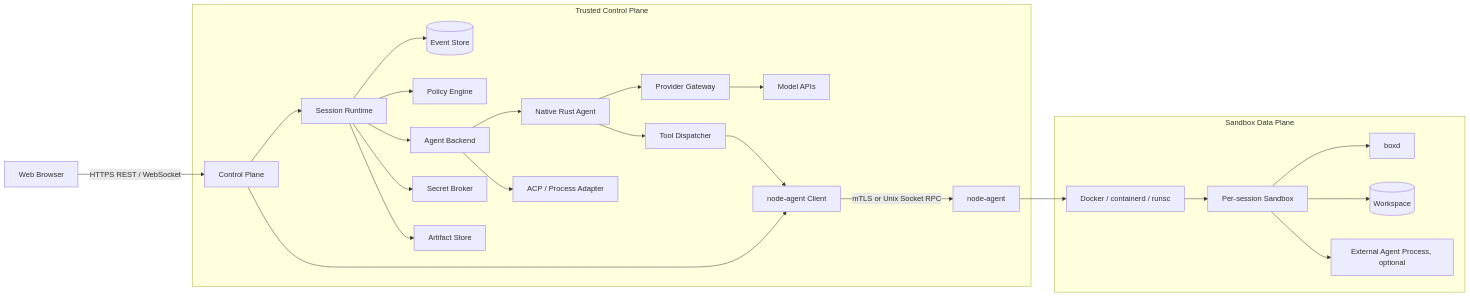
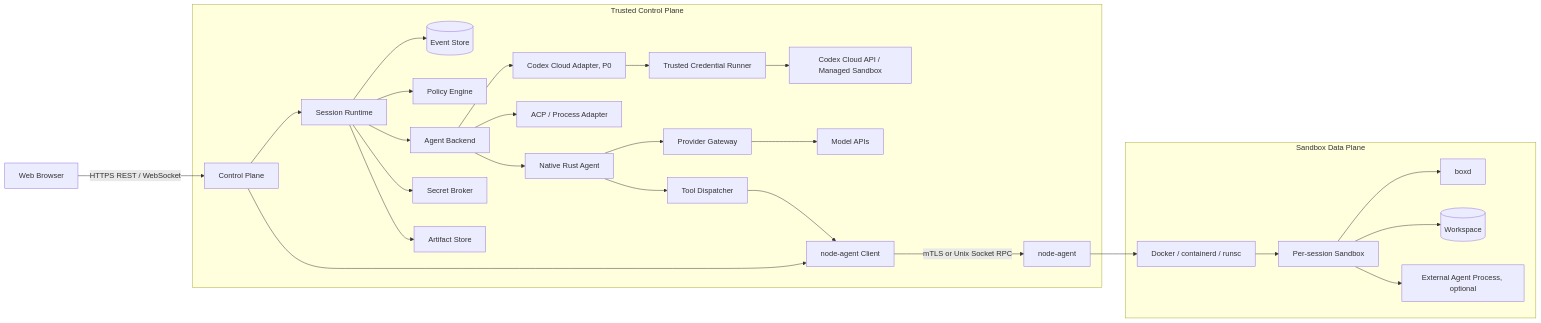
Before and after one commit to fallrising/fanzloud: the first of 4 diagrams in docs/TD.md, drawn with Mermaid. The commit also changed other lines of this file and 3 other files, not shown here.

Commit message:
docs: prioritize personal Codex cloud BYOS slice

````diff
--- a/docs/TD.md
+++ b/docs/TD.md
@@ -197,31 +215,34 @@
 ```mermaid
 flowchart LR
     U[Web Browser] -->|HTTPS REST / WebSocket| CP[Control Plane]
 
     subgraph Trusted[Trusted Control Plane]
         CP --> SR[Session Runtime]
         SR --> ES[(Event Store)]
         SR --> PE[Policy Engine]
         SR --> AB[Agent Backend]
         SR --> SB[Secret Broker]
         SR --> AR[Artifact Store]
 
         AB --> NA[Native Rust Agent]
         AB --> EA[ACP / Process Adapter]
+        AB --> CA[Codex Cloud Adapter, P0]
+        CA --> CR[Trusted Credential Runner]
+        CR --> CC[Codex Cloud API / Managed Sandbox]
         NA --> PG[Provider Gateway]
         NA --> TD[Tool Dispatcher]
         PG --> LLM[Model APIs]
 
         CP --> NC[node-agent Client]
         TD --> NC
         NC -->|mTLS or Unix Socket RPC| NODE[node-agent]
     end
 
     subgraph DataPlane[Sandbox Data Plane]
         NODE --> RT[Docker / containerd / runsc]
         RT --> BOX[Per-session Sandbox]
         BOX --> BOXD[boxd]
         BOX --> WS[(Workspace)]
         BOX --> EXT[External Agent Process, optional]
     end
 ```
````
